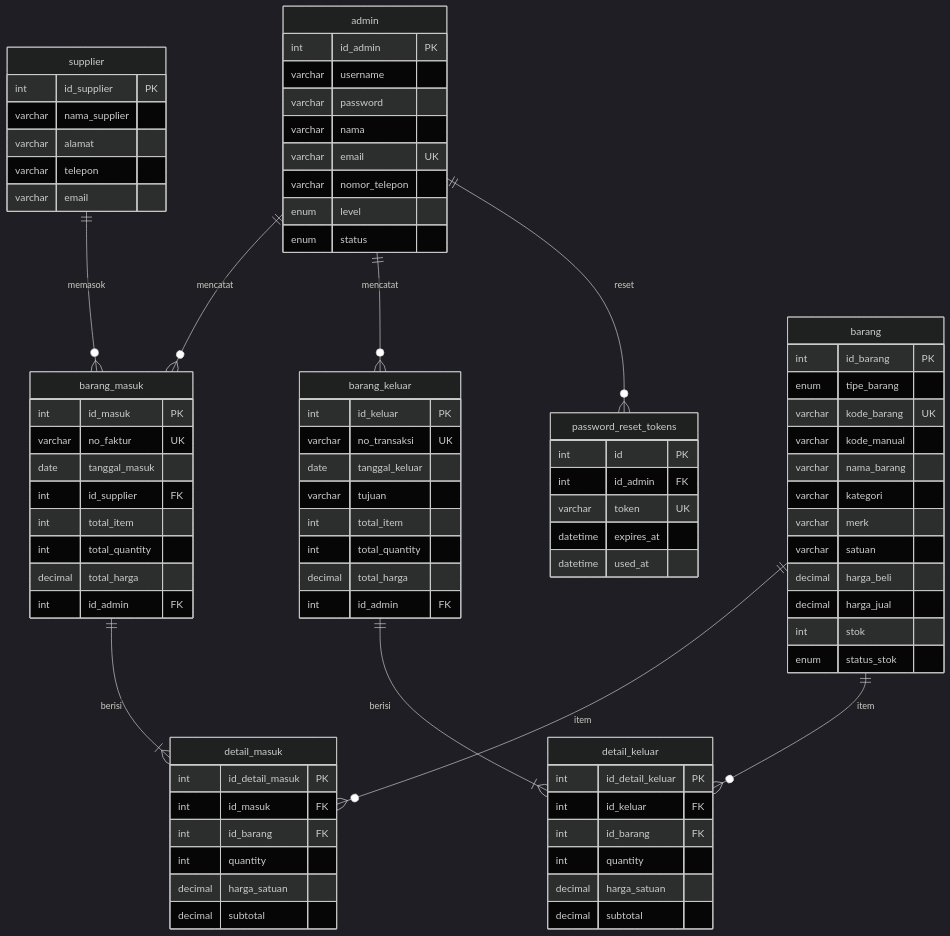
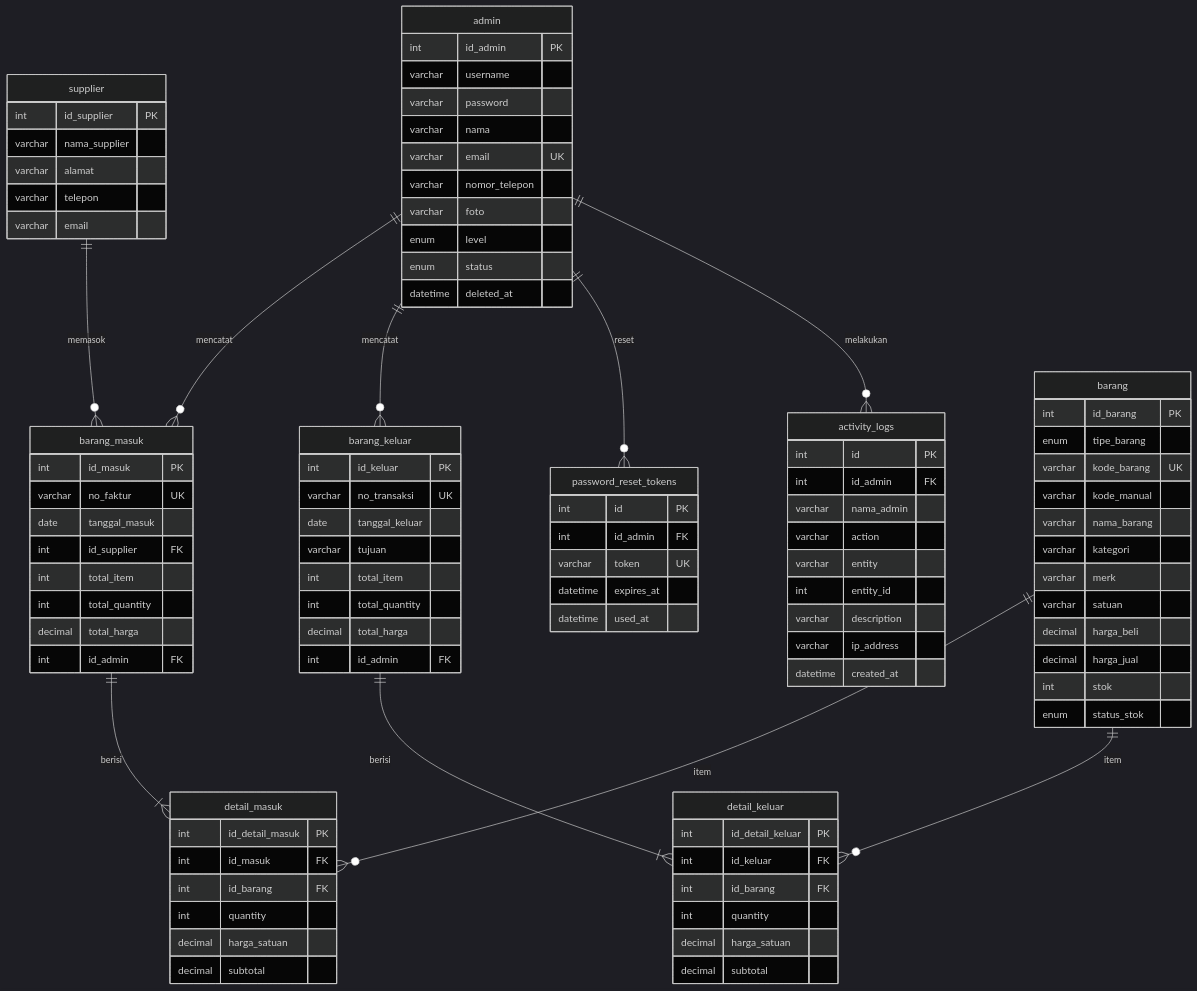
The diagram in docs/05-desain-database.md (nestorzamili/ta-aswan), drawn with Mermaid (dark theme) before and after one commit. The commit also changed other lines of this file and 53 other files, not shown here.

```diff
--- a/docs/05-desain-database.md
+++ b/docs/05-desain-database.md
@@ -21,6 +23,7 @@
     admin ||--o{ barang_masuk : "mencatat"
     admin ||--o{ barang_keluar : "mencatat"
     admin ||--o{ password_reset_tokens : "reset"
+    admin ||--o{ activity_logs : "melakukan"
     supplier ||--o{ barang_masuk : "memasok"
     barang_masuk ||--|{ detail_masuk : "berisi"
     barang_keluar ||--|{ detail_keluar : "berisi"
@@ -34,8 +37,21 @@
         varchar nama
         varchar email UK
         varchar nomor_telepon
+        varchar foto
         enum level
         enum status
+        datetime deleted_at
+    }
+    activity_logs {
+        int id PK
+        int id_admin FK
+        varchar nama_admin
+        varchar action
+        varchar entity
+        int entity_id
+        varchar description
+        varchar ip_address
+        datetime created_at
     }
     password_reset_tokens {
         int id PK
```
